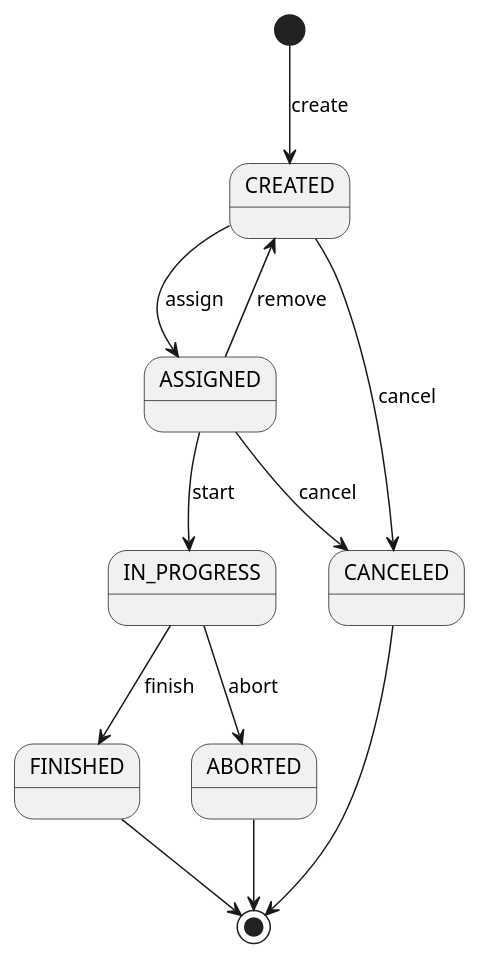
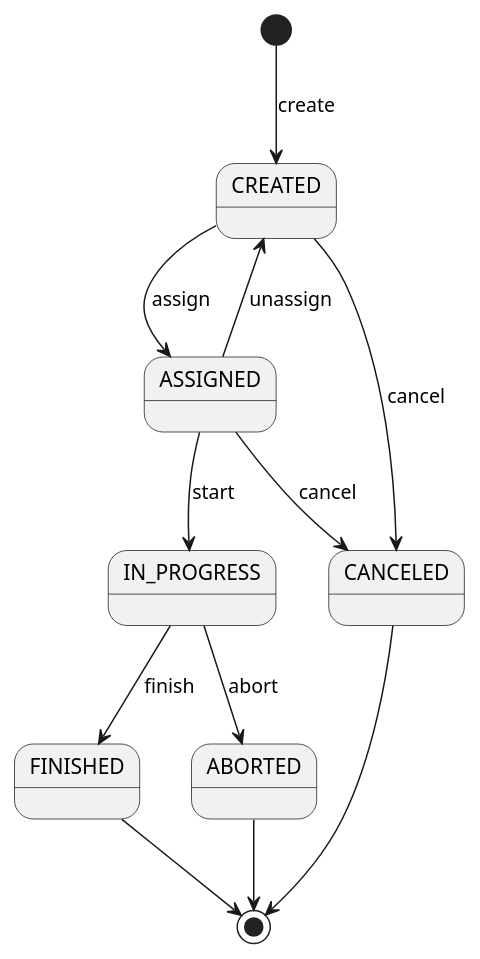
Before and after one commit to kubabar1/TaxiMicroService: the diagram in uml-diagrams/order-state-diagram.plantuml, drawn with PlantUML.

Commit message:
Fix state diagram

```diff
--- a/uml-diagrams/order-state-diagram.plantuml
+++ b/uml-diagrams/order-state-diagram.plantuml
@@ -1,16 +1,16 @@
 @startuml
 
 [*] --> CREATED : create
 CREATED --> ASSIGNED : assign
 ASSIGNED --> IN_PROGRESS : start
 CREATED --> CANCELED : cancel
 ASSIGNED --> CANCELED : cancel
-ASSIGNED --> CREATED : remove
+ASSIGNED --> CREATED : unassign
 IN_PROGRESS --> FINISHED : finish
 IN_PROGRESS --> ABORTED : abort
 FINISHED --> [*]
 ABORTED --> [*]
 CANCELED --> [*]
 
 
 @enduml
```
